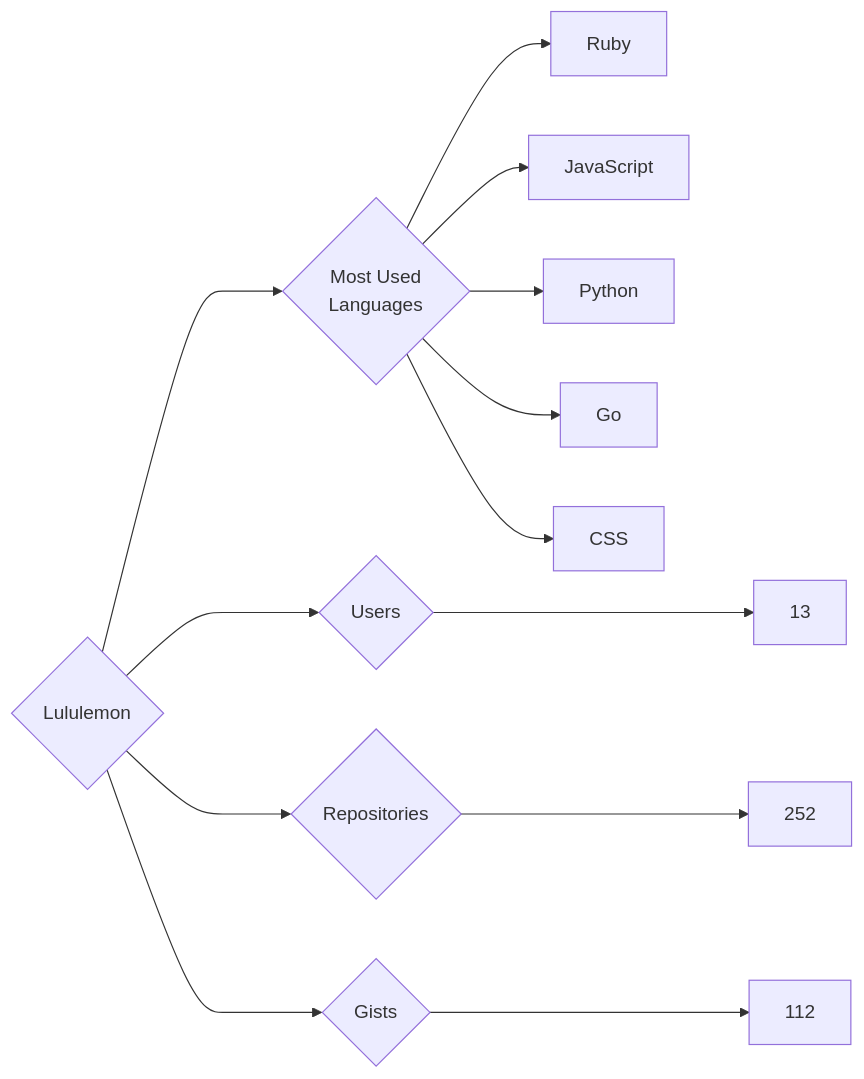
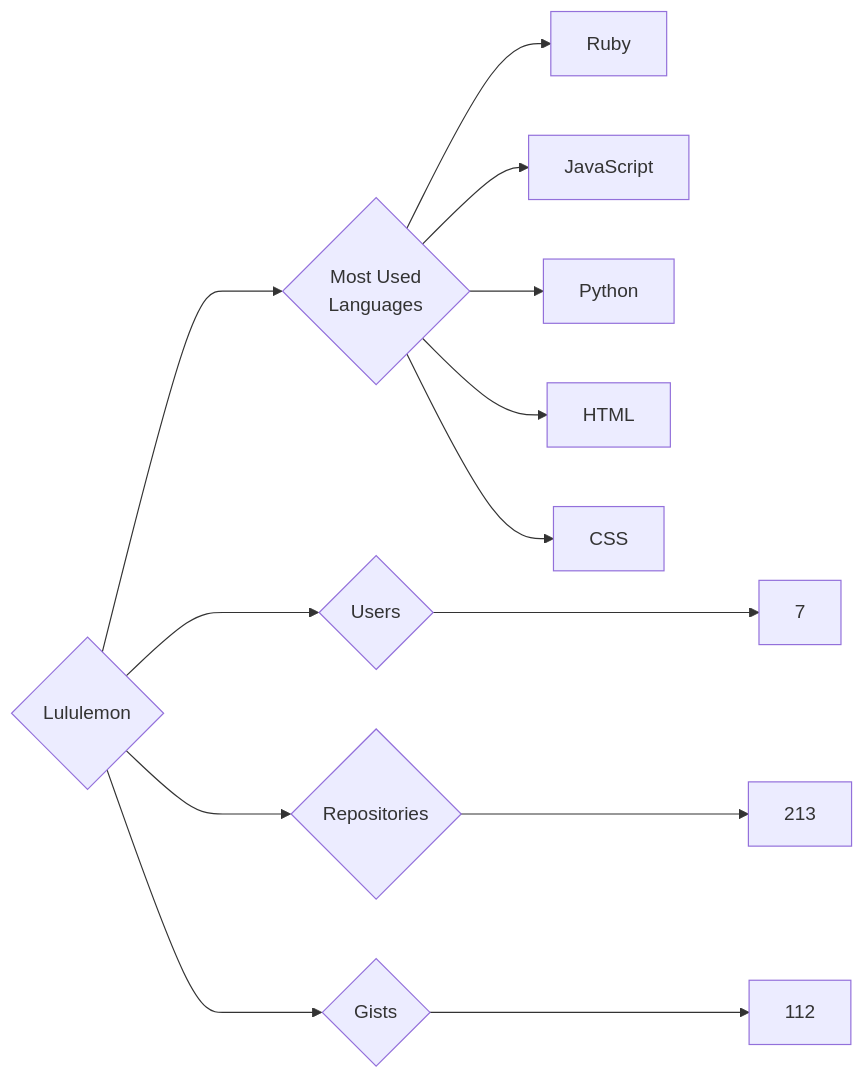
Before and after one commit to trickest/insiders: the diagram in targets/Lululemon/README.md, drawn with Mermaid. The commit also changed 1248 other files, not shown here.

````diff
--- a/targets/Lululemon/README.md
+++ b/targets/Lululemon/README.md
@@ -3,13 +3,13 @@
 ```mermaid
 graph LR
 COMPANY_NAME{Lululemon}
-COMPANY_NAME ---> U{Users} ---> UN[13]
-COMPANY_NAME ---> R{Repositories} ---> RN[252]
+COMPANY_NAME ---> U{Users} ---> UN[7]
+COMPANY_NAME ---> R{Repositories} ---> RN[213]
 COMPANY_NAME ---> G{Gists} ---> GN[112]
 COMPANY_NAME ---> ML{Most Used<br>Languages}
 ML --> Ruby[Ruby]
 ML --> JavaScript[JavaScript]
 ML --> Python[Python]
-ML --> Go[Go]
+ML --> HTML[HTML]
 ML --> CSS[CSS]
 ```
````
